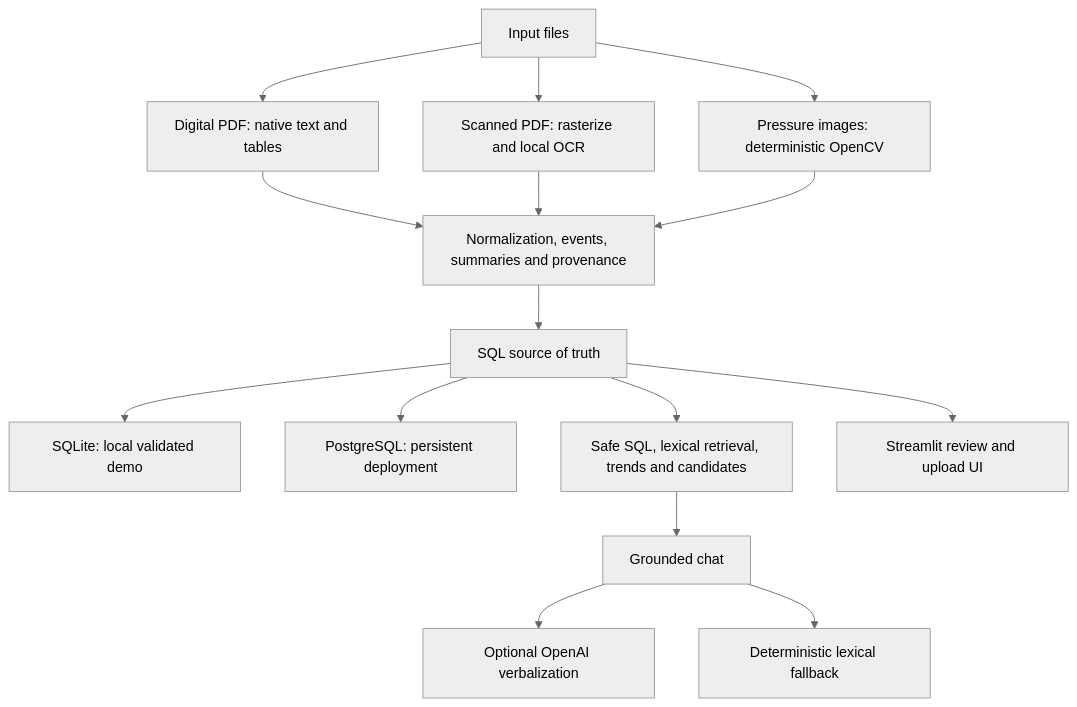
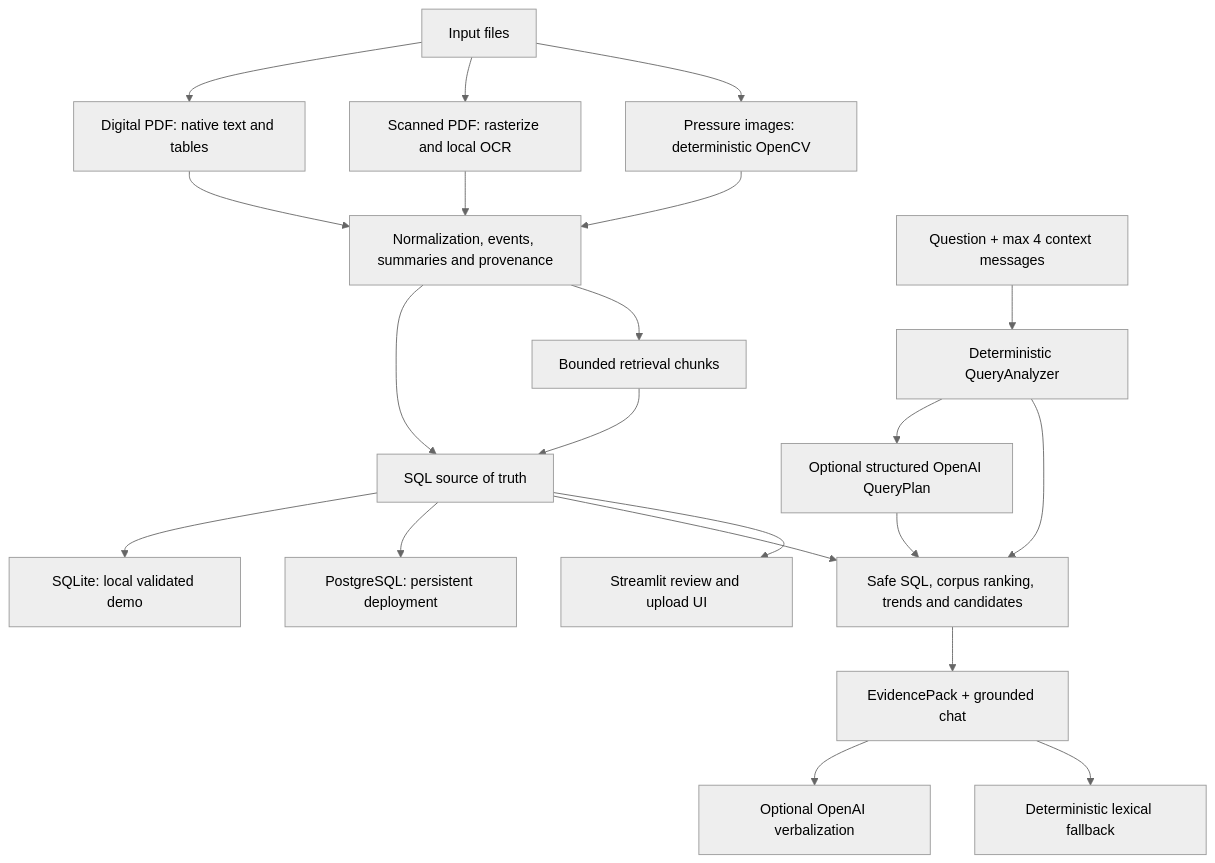
The diagram in ddr_ai_system/docs/ARCHITECTURE.md (qurbaneliii/ddr-ai-system), drawn with Mermaid (neutral theme) before and after one commit. The commit also changed other lines of this file and 6 other files, not shown here.

````diff
--- a/ddr_ai_system/docs/ARCHITECTURE.md
+++ b/ddr_ai_system/docs/ARCHITECTURE.md
@@ -3,17 +3,23 @@
 ```mermaid
 flowchart TD
     A["Input files"] --> B["Digital PDF: native text and tables"]
     A --> C["Scanned PDF: rasterize and local OCR"]
     A --> D["Pressure images: deterministic OpenCV"]
     B --> E["Normalization, events, summaries and provenance"]
     C --> E
     D --> E
     E --> F["SQL source of truth"]
+    E --> R["Bounded retrieval chunks"]
+    R --> F
     F --> G["SQLite: local validated demo"]
     F --> H["PostgreSQL: persistent deployment"]
-    F --> I["Safe SQL, lexical retrieval, trends and candidates"]
-    I --> J["Grounded chat"]
+    F --> I["Safe SQL, corpus ranking, trends and candidates"]
+    Q["Question + max 4 context messages"] --> P["Deterministic QueryAnalyzer"]
+    P --> N["Optional structured OpenAI QueryPlan"]
+    P --> I
+    N --> I
+    I --> J["EvidencePack + grounded chat"]
     J --> K["Optional OpenAI verbalization"]
     J --> L["Deterministic lexical fallback"]
     F --> M["Streamlit review and upload UI"]
 ```
````
